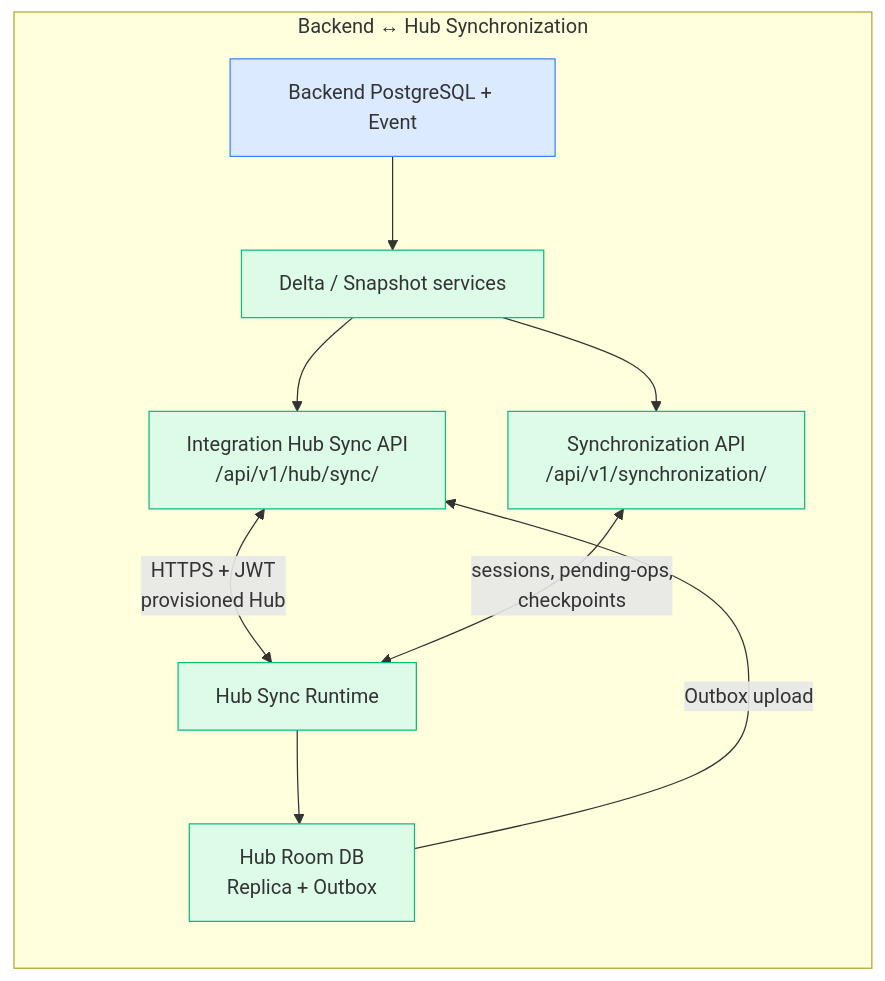
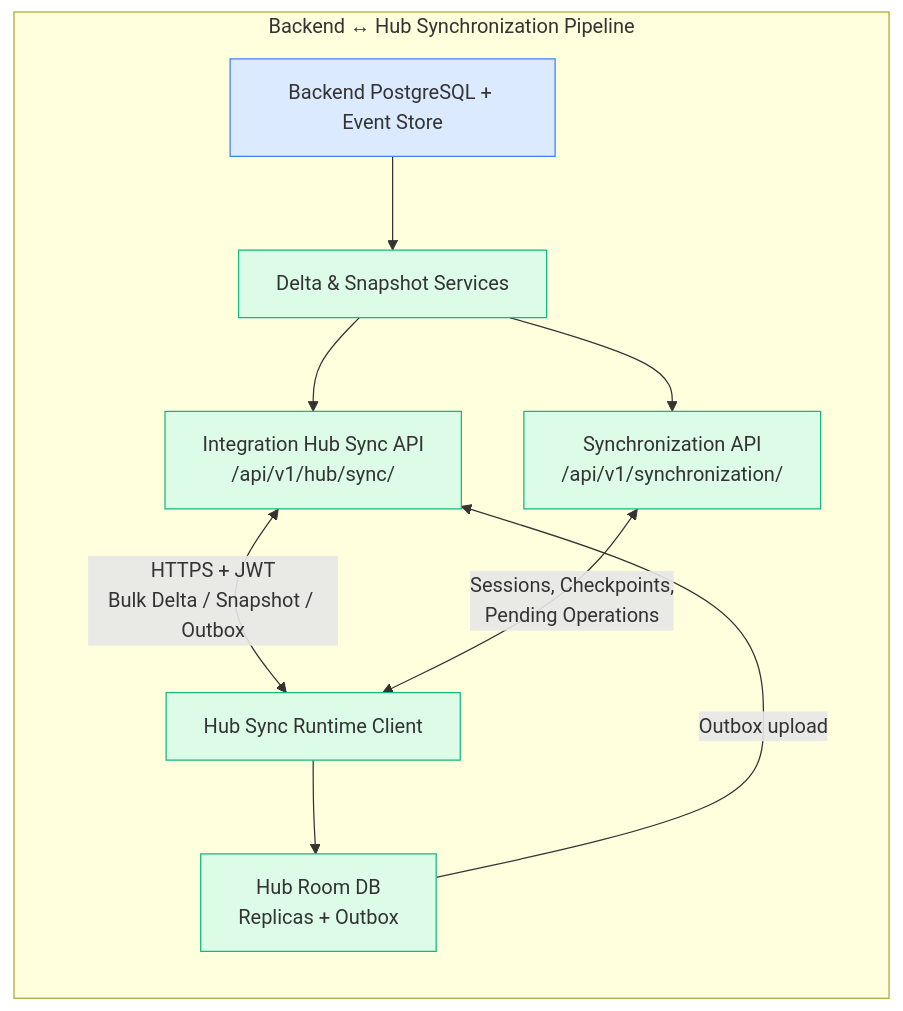
The seventh of 11 diagrams in docs/progress-flowchart.md (Aurliano/yara-care-os), drawn with Mermaid before and after one commit. The commit also changed other lines of this file and 75 other files, not shown here.

````diff
--- a/docs/progress-flowchart.md
+++ b/docs/progress-flowchart.md
@@ -399,26 +398,26 @@
 ```mermaid
 flowchart LR
-    subgraph SyncFlow["Backend ↔ Hub Synchronization"]
-        BACKEND["Backend PostgreSQL + Event"]
-        DELTA_SVC["Delta / Snapshot services"]
+    subgraph SyncFlow["Backend ↔ Hub Synchronization Pipeline"]
+        BACKEND["Backend PostgreSQL + Event Store"]
+        DELTA_SVC["Delta & Snapshot Services"]
         HUB_FACADE["Integration Hub Sync API<br/>/api/v1/hub/sync/"]
         SYNC_API["Synchronization API<br/>/api/v1/synchronization/"]
-        HUB_SYNC["Hub Sync Runtime"]
-        HUB_DB["Hub Room DB<br/>Replica + Outbox"]
+        HUB_SYNC["Hub Sync Runtime Client"]
+        HUB_DB["Hub Room DB<br/>Replicas + Outbox"]
     end
 
     BACKEND --> DELTA_SVC
     DELTA_SVC --> HUB_FACADE
     DELTA_SVC --> SYNC_API
-    HUB_FACADE <-->|HTTPS + JWT<br/>provisioned Hub| HUB_SYNC
-    SYNC_API <-->|sessions, pending-ops,<br/>checkpoints| HUB_SYNC
+    HUB_FACADE <-->|HTTPS + JWT<br/>Bulk Delta / Snapshot / Outbox| HUB_SYNC
+    SYNC_API <-->|Sessions, Checkpoints,<br/>Pending Operations| HUB_SYNC
     HUB_SYNC --> HUB_DB
     HUB_DB -->|Outbox upload| HUB_FACADE
 
     style BACKEND fill:#dbeafe,stroke:#3b82f6
     style DELTA_SVC fill:#dcfce7,stroke:#10b981
     style HUB_FACADE fill:#dcfce7,stroke:#10b981
     style SYNC_API fill:#dcfce7,stroke:#10b981
     style HUB_SYNC fill:#dcfce7,stroke:#10b981
     style HUB_DB fill:#dcfce7,stroke:#10b981
 ```
````
